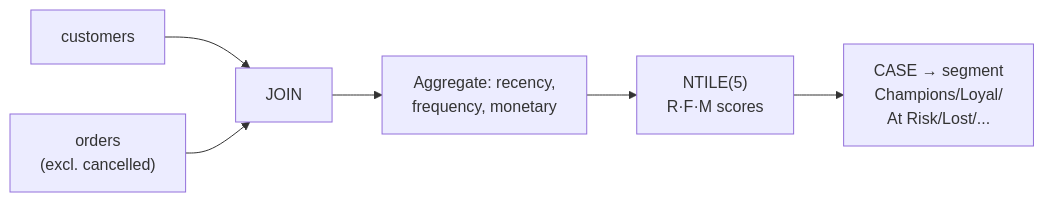
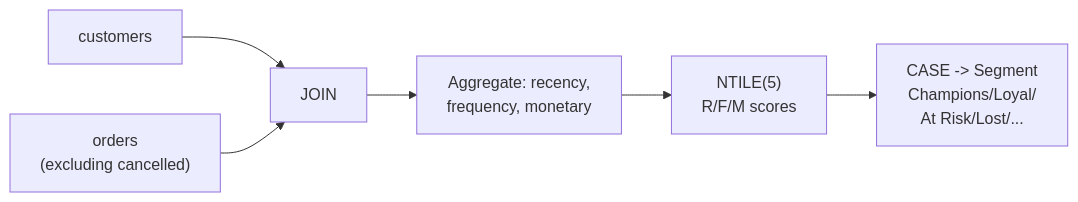
One commit to civilian7/sql-tutorial changed the fourth of 18 diagrams in docs/en/schema/views.md. Above: the diagram before and after it, drawn with Mermaid. The commit also changed other lines of this file and 121 other files, not shown here.

````diff
--- a/docs/en/schema/views.md
+++ b/docs/en/schema/views.md
@@ -348,13 +363,13 @@
 ```mermaid
 flowchart LR
     A["customers"] --> D["JOIN"]
     B["orders
-    (excl. cancelled)"] --> D
+    (excluding cancelled)"] --> D
     D --> E["Aggregate: recency,
     frequency, monetary"]
     E --> F["NTILE(5)
-    R·F·M scores"]
-    F --> G["CASE → segment
+    R/F/M scores"]
+    F --> G["CASE -> Segment
     Champions/Loyal/
     At Risk/Lost/..."]
 ```
````
